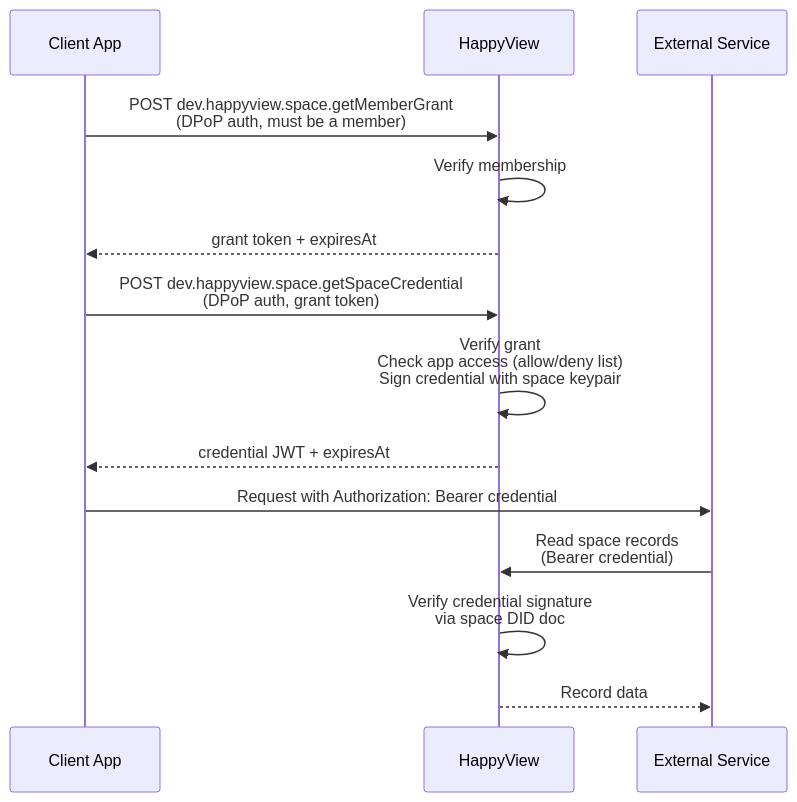
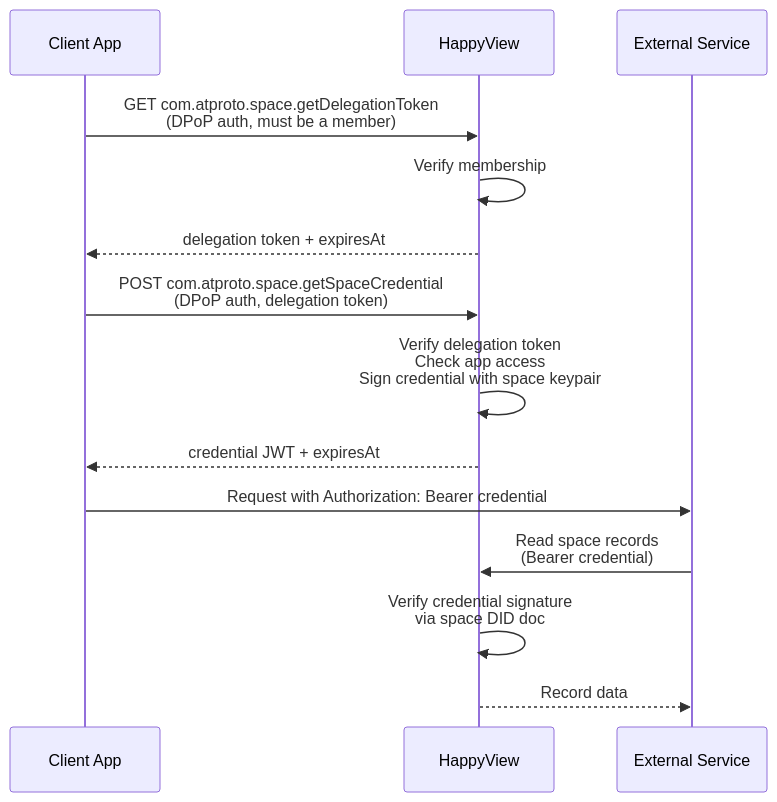
The diagram in packages/docs/content/docs/experimental/spaces/credentials.md (edavis/happyview), drawn with Mermaid before and after one commit. The commit also changed other lines of this file and 16 other files, not shown here.

````diff
--- a/packages/docs/content/docs/experimental/spaces/credentials.md
+++ b/packages/docs/content/docs/experimental/spaces/credentials.md
@@ -15,19 +15,19 @@
 ```mermaid
 sequenceDiagram
     participant App as Client App
     participant HV as HappyView
     participant Svc as External Service
 
-    App->>HV: POST dev.happyview.space.getMemberGrant<br/>(DPoP auth, must be a member)
+    App->>HV: GET com.atproto.space.getDelegationToken<br/>(DPoP auth, must be a member)
     HV->>HV: Verify membership
-    HV-->>App: grant token + expiresAt
+    HV-->>App: delegation token + expiresAt
 
-    App->>HV: POST dev.happyview.space.getSpaceCredential<br/>(DPoP auth, grant token)
-    HV->>HV: Verify grant<br/>Check app access (allow/deny list)<br/>Sign credential with space keypair
+    App->>HV: POST com.atproto.space.getSpaceCredential<br/>(DPoP auth, delegation token)
+    HV->>HV: Verify delegation token<br/>Check app access<br/>Sign credential with space keypair
     HV-->>App: credential JWT + expiresAt
 
     App->>Svc: Request with Authorization: Bearer credential
     Svc->>HV: Read space records<br/>(Bearer credential)
     HV->>HV: Verify credential signature<br/>via space DID doc
     HV-->>Svc: Record data
 ```
````
